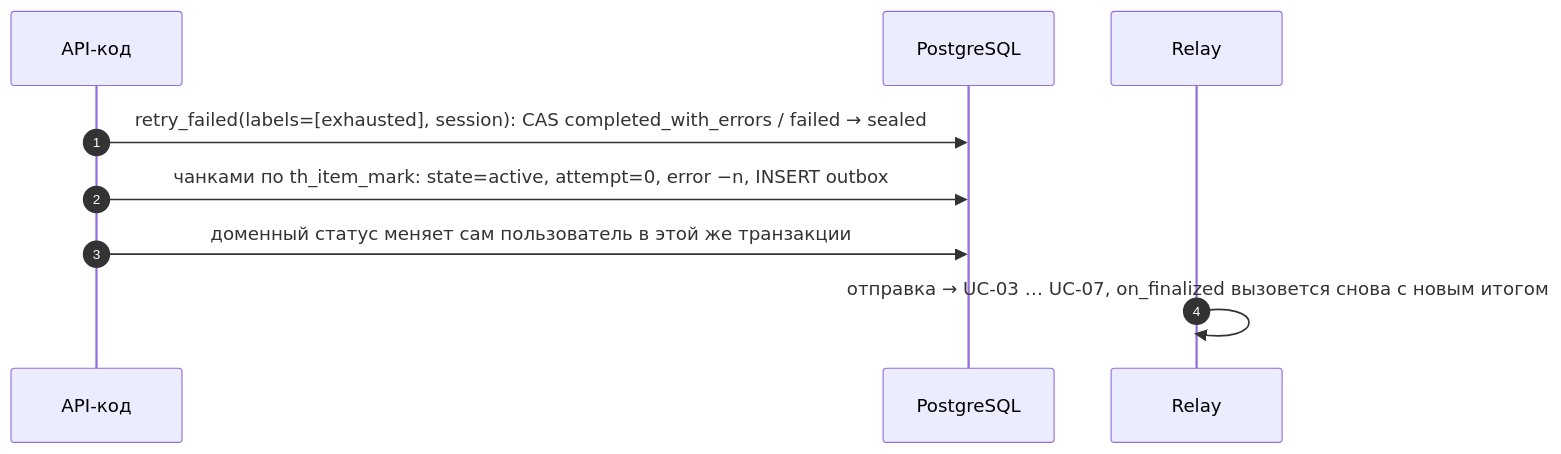
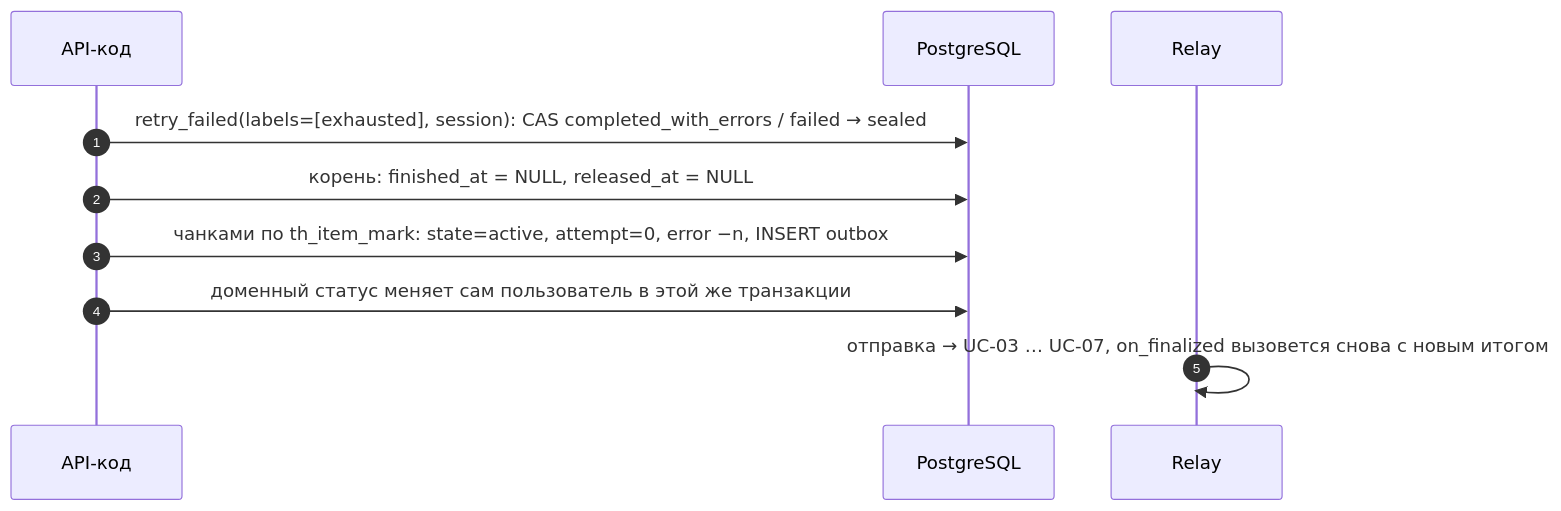
One commit to 0cherednoq/Tallyho changed diagram 28 of 39 in docs/ARCHITECTURE.md. Above: the diagram before and after it, drawn with Mermaid. The commit also changed other lines of this file, not shown here.

First line of the commit message:
T13.0: описать атрибуты, листинг и экспорт исходов в ARCHITECTURE

````diff
--- a/docs/ARCHITECTURE.md
+++ b/docs/ARCHITECTURE.md
@@ -1203,12 +1233,13 @@
 ```mermaid
 sequenceDiagram
     autonumber
     participant O as API-код
     participant DB as PostgreSQL
     participant R as Relay
 
     O->>DB: retry_failed(labels=[exhausted], session): CAS completed_with_errors / failed → sealed
+    O->>DB: корень: finished_at = NULL, released_at = NULL
     O->>DB: чанками по th_item_mark: state=active, attempt=0, error −n, INSERT outbox
     O->>DB: доменный статус меняет сам пользователь в этой же транзакции
     R->>R: отправка → UC-03 … UC-07, on_finalized вызовется снова с новым итогом
 ```
````
